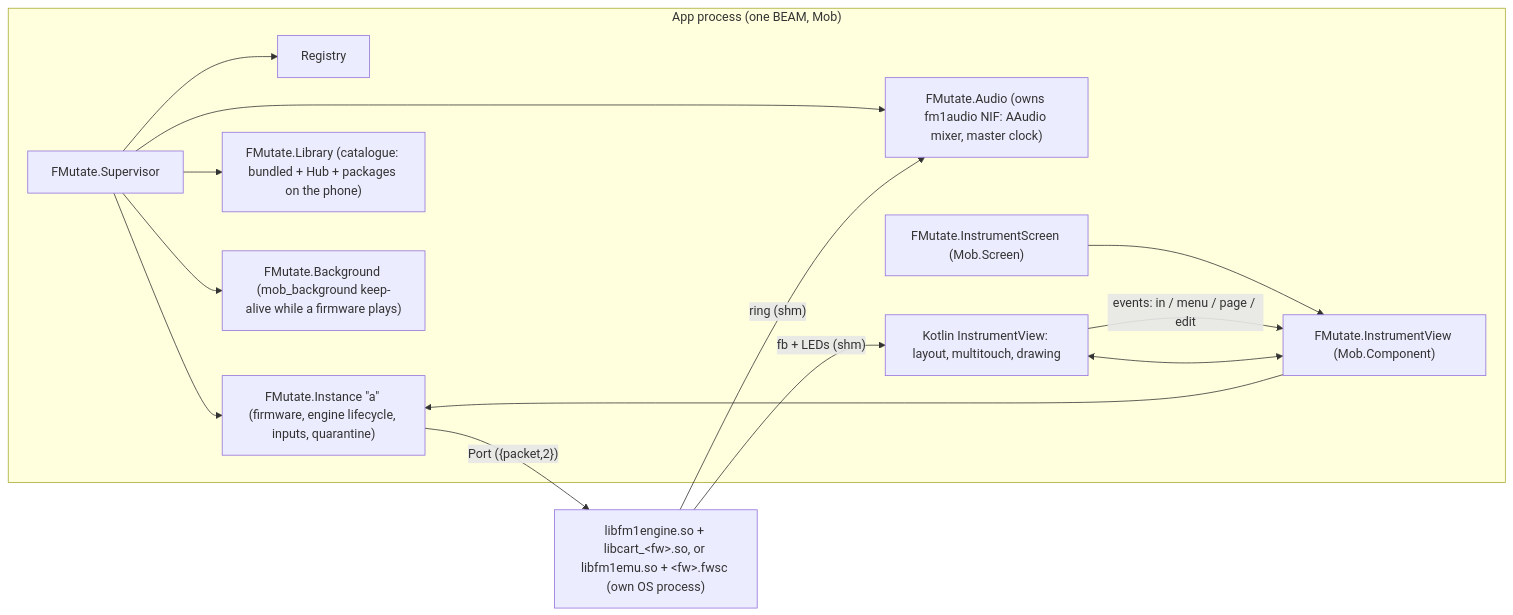
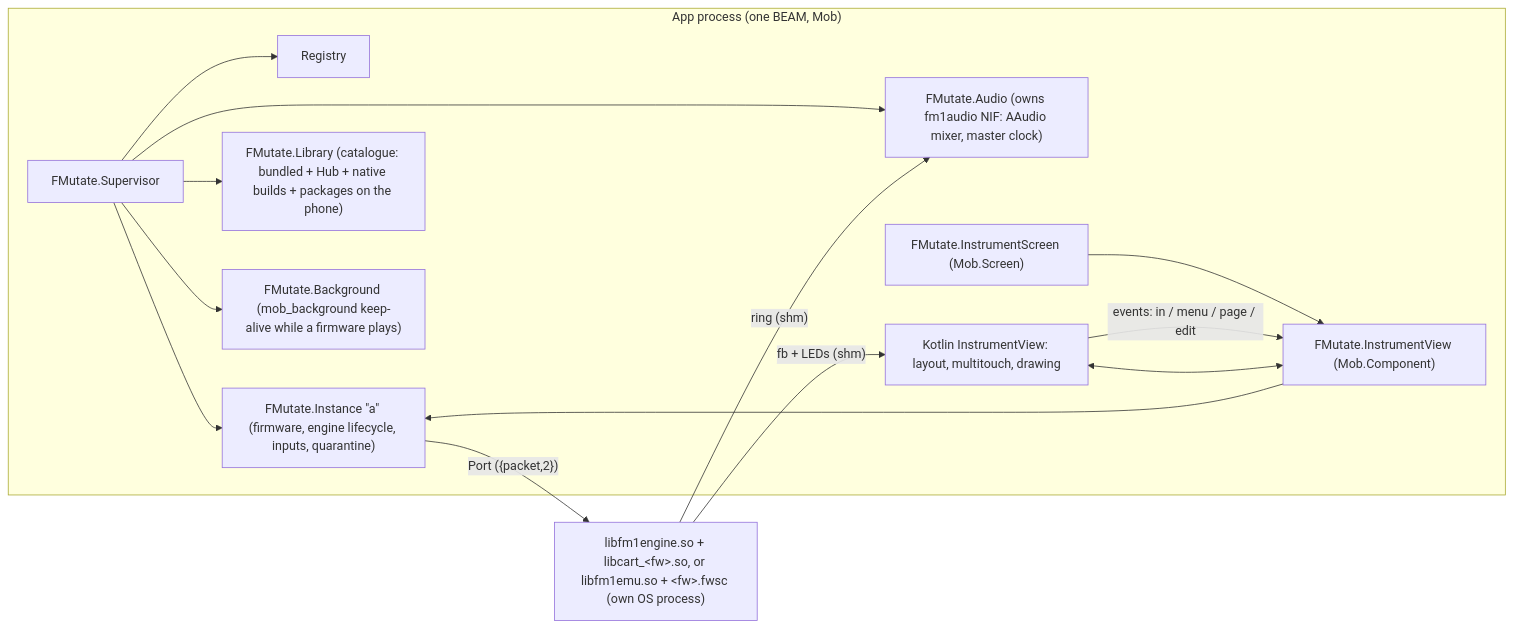
The diagram in docs/architecture.md (GenericJam/fmutate), drawn with Mermaid before and after one commit. The commit also changed other lines of this file and 88 other files, not shown here.

Commit message:
native_catalog: all recipe streams merged (fm1base, foma, wasm, dinghy_fetch, demake, guitchordi, gator, web dialects, Dinghy variants), per-firmware patches, causes; FMutate loader (signed index, cartridge downloads, Native/New badges); phase A numbers

````diff
--- a/docs/architecture.md
+++ b/docs/architecture.md
@@ -9,16 +9,16 @@
 ```mermaid
 flowchart LR
   subgraph app["App process (one BEAM, Mob)"]
     SUP[FMutate.Supervisor] --> REG[Registry]
     SUP --> AUD["FMutate.Audio (owns fm1audio NIF: AAudio mixer, master clock)"]
     SUP --> INST["FMutate.Instance &quot;a&quot; (firmware, engine lifecycle, inputs, quarantine)"]
-    SUP --> LIB["FMutate.Library (catalogue: bundled + Hub + packages on the phone)"]
+    SUP --> LIB["FMutate.Library (catalogue: bundled + Hub + native builds + packages on the phone)"]
     SUP --> BG["FMutate.Background (mob_background keep-alive while a firmware plays)"]
     SCR["FMutate.InstrumentScreen (Mob.Screen)"] --> VIEW["FMutate.InstrumentView (Mob.Component)"]
     VIEW <--> KT["Kotlin InstrumentView: layout, multitouch, drawing"]
   end
   INST -- "Port ({packet,2})" --> ENG["libfm1engine.so + libcart_&lt;fw&gt;.so, or libfm1emu.so + &lt;fw&gt;.fwsc (own OS process)"]
   ENG -- "ring (shm)" --> AUD
   ENG -- "fb + LEDs (shm)" --> KT
   KT -- "events: in / menu / page / edit" --> VIEW --> INST
 ```
````
